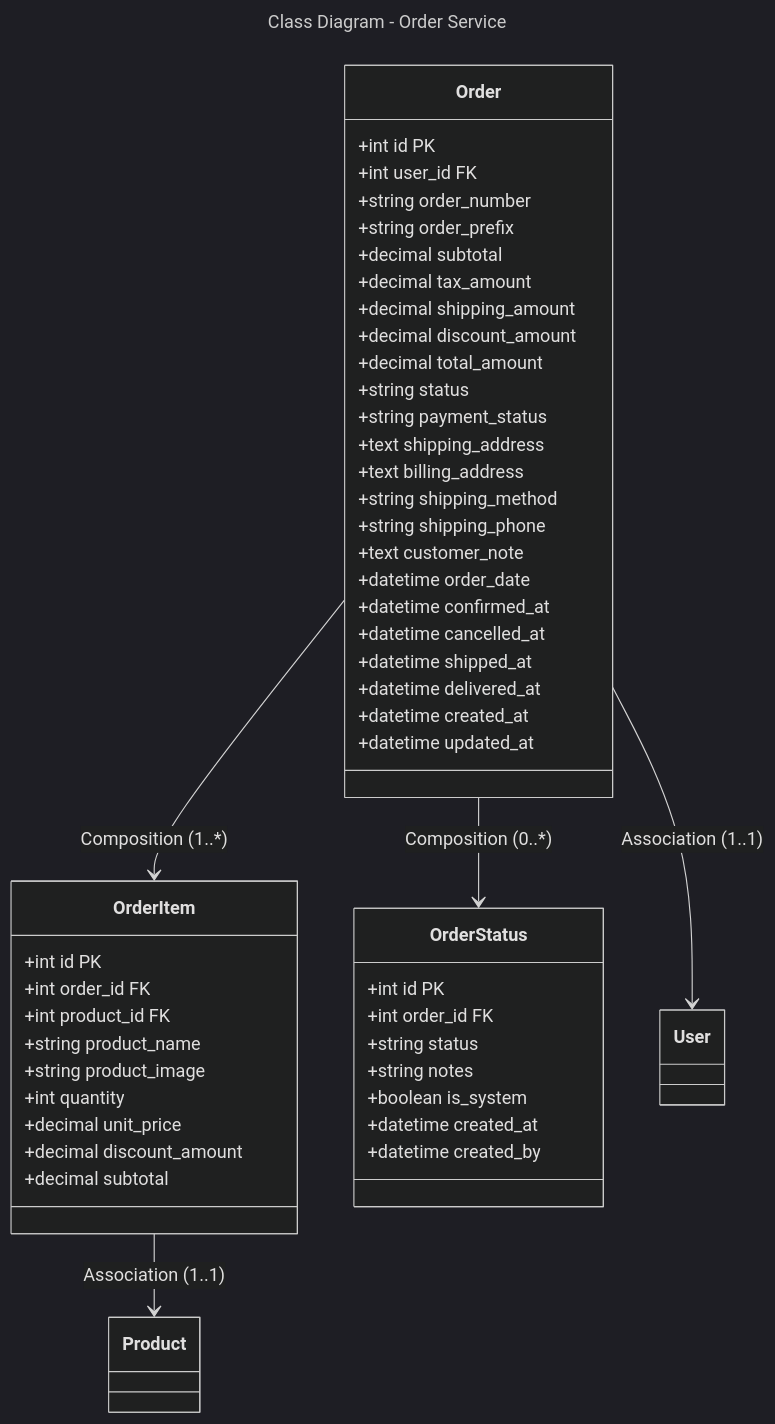
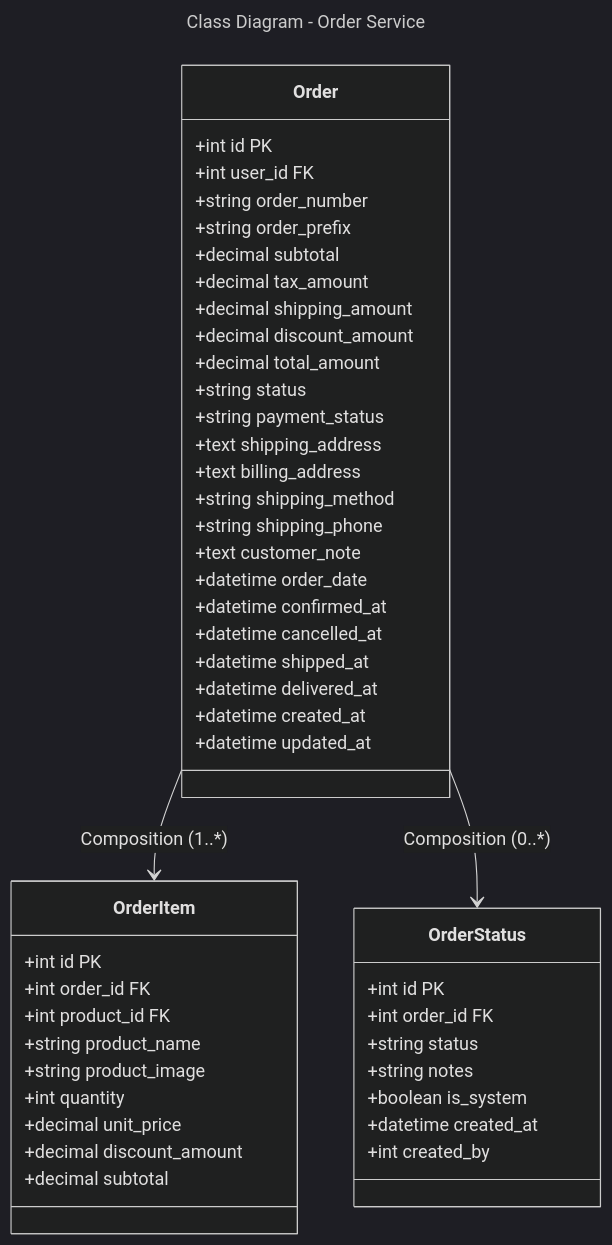
The diagram in docs/diagrams/class/order-service.md (Trannaaanhh/ecom), drawn with Mermaid (dark theme) before and after one commit. The commit also changed other lines of this file and 11 other files, not shown here.

````diff
--- a/docs/diagrams/class/order-service.md
+++ b/docs/diagrams/class/order-service.md
@@ -1,58 +1,56 @@
 ```mermaid
 ---
 title: Class Diagram - Order Service
 ---
 classDiagram
     class Order {
         +int id PK
         +int user_id FK
         +string order_number
         +string order_prefix
         +decimal subtotal
         +decimal tax_amount
         +decimal shipping_amount
         +decimal discount_amount
         +decimal total_amount
         +string status
         +string payment_status
         +text shipping_address
         +text billing_address
         +string shipping_method
         +string shipping_phone
         +text customer_note
         +datetime order_date
         +datetime confirmed_at
         +datetime cancelled_at
         +datetime shipped_at
         +datetime delivered_at
         +datetime created_at
         +datetime updated_at
     }
     
     class OrderItem {
         +int id PK
         +int order_id FK
         +int product_id FK
         +string product_name
         +string product_image
         +int quantity
         +decimal unit_price
         +decimal discount_amount
         +decimal subtotal
     }
     
     class OrderStatus {
         +int id PK
         +int order_id FK
         +string status
         +string notes
         +boolean is_system
         +datetime created_at
-        +datetime created_by
+        +int created_by
     }
     
     Order --> OrderItem : Composition (1..*)
     Order --> OrderStatus : Composition (0..*)
-    Order --> User : Association (1..1)
-    OrderItem --> Product : Association (1..1)
 ```
````
